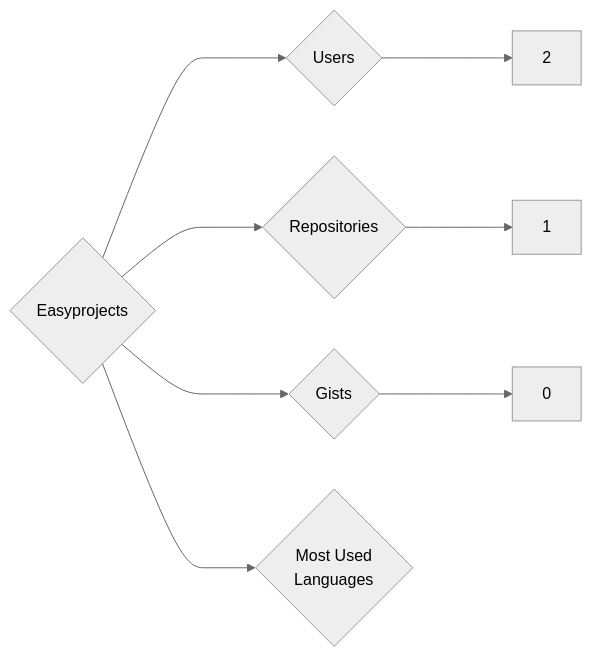
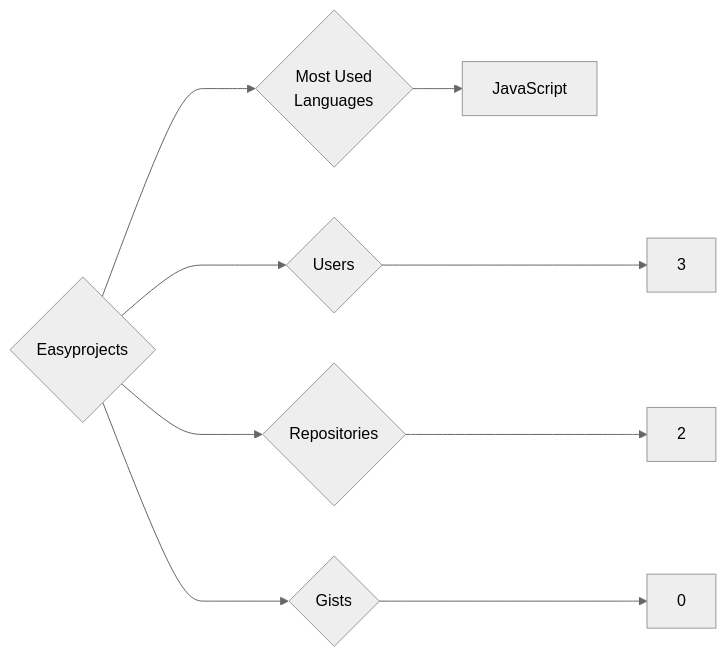
The diagram in targets/Easyprojects/README.md (trickest/insiders), drawn with Mermaid (neutral theme) before and after one commit. The commit also changed 988 other files, not shown here.

````diff
--- a/targets/Easyprojects/README.md
+++ b/targets/Easyprojects/README.md
@@ -3,8 +3,9 @@
 ```mermaid
 graph LR
 COMPANY_NAME{Easyprojects}
-COMPANY_NAME ---> U{Users} ---> UN[2]
-COMPANY_NAME ---> R{Repositories} ---> RN[1]
+COMPANY_NAME ---> U{Users} ---> UN[3]
+COMPANY_NAME ---> R{Repositories} ---> RN[2]
 COMPANY_NAME ---> G{Gists} ---> GN[0]
 COMPANY_NAME ---> ML{Most Used<br>Languages}
+ML --> JavaScript[JavaScript]
 ```
````
